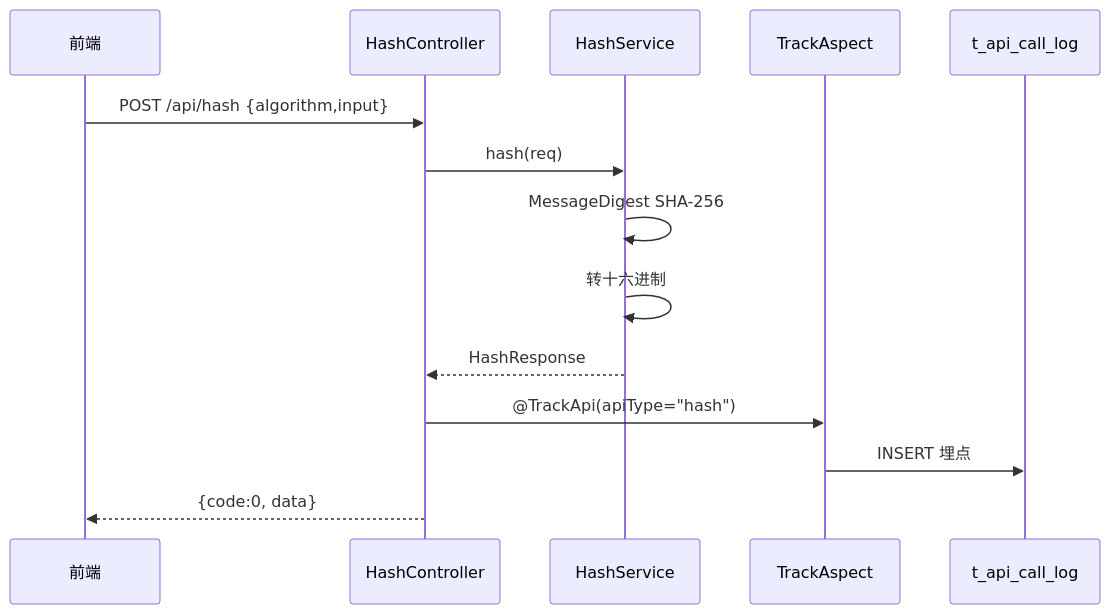
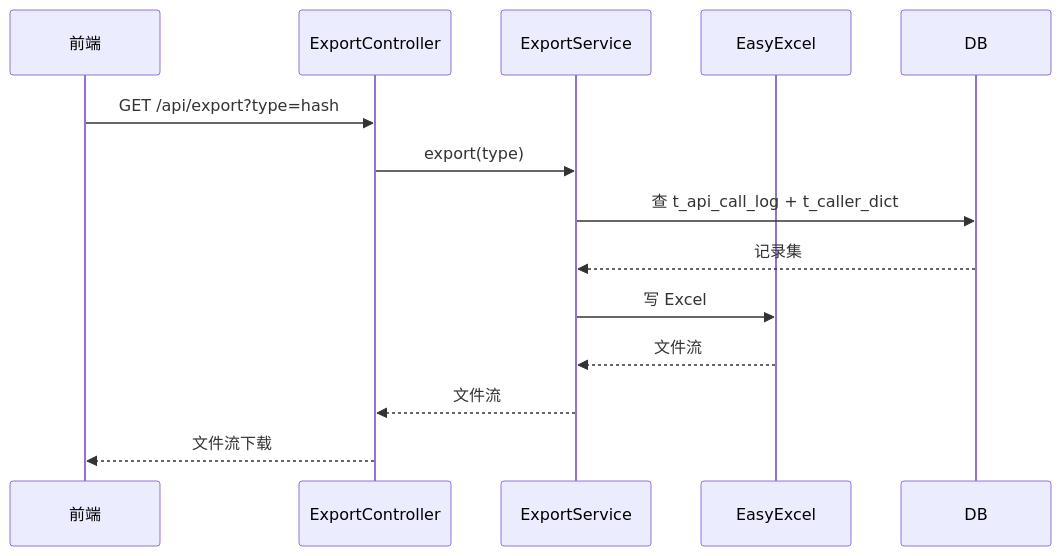
Before and after one commit to PH2498/ArmBasic: the fourth of 5 diagrams in .agents/system.changes/design.md, drawn with Mermaid. The commit also changed other lines of this file, not shown here.

````diff
--- a/.agents/system.changes/design.md
+++ b/.agents/system.changes/design.md
@@ -413,16 +424,16 @@
 ```mermaid
 sequenceDiagram
     participant FE as 前端
-    participant C as HashController
-    participant S as HashService
-    participant AOP as TrackAspect
-    participant DB as t_api_call_log
-    FE->>C: POST /api/hash {algorithm,input}
-    C->>S: hash(req)
-    S->>S: MessageDigest SHA-256
-    S->>S: 转十六进制
-    S-->>C: HashResponse
-    C->>AOP: @TrackApi(apiType="hash")
-    AOP->>DB: INSERT 埋点
-    C-->>FE: {code:0, data}
+    participant C as ExportController
+    participant S as ExportService
+    participant E as EasyExcel
+    participant DB as DB
+    FE->>C: GET /api/export?type=hash
+    C->>S: export(type)
+    S->>DB: 查 t_api_call_log + t_caller_dict
+    DB-->>S: 记录集
+    S->>E: 写 Excel
+    E-->>S: 文件流
+    S-->>C: 文件流
+    C-->>FE: 文件流下载
 ```
````
